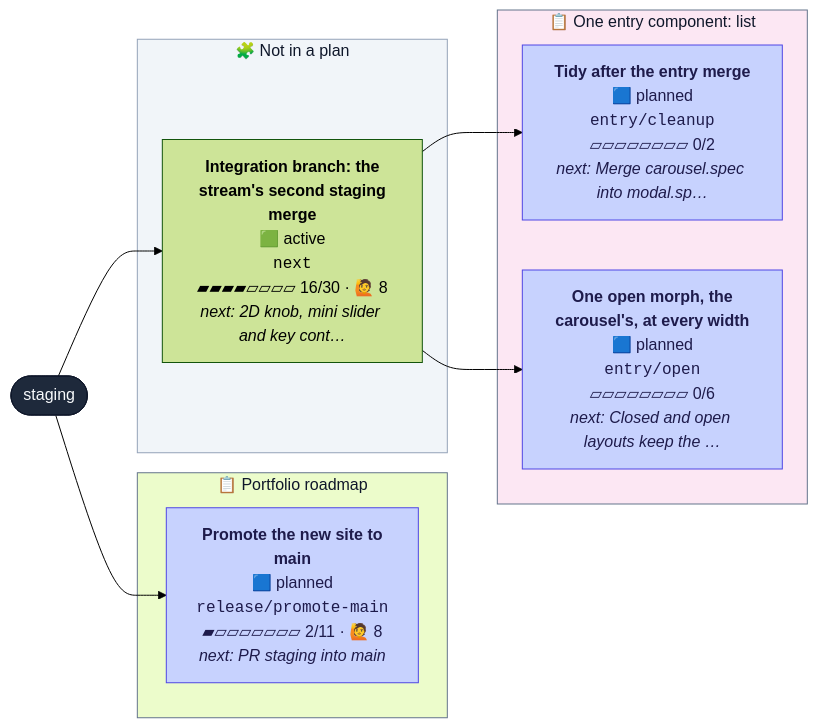
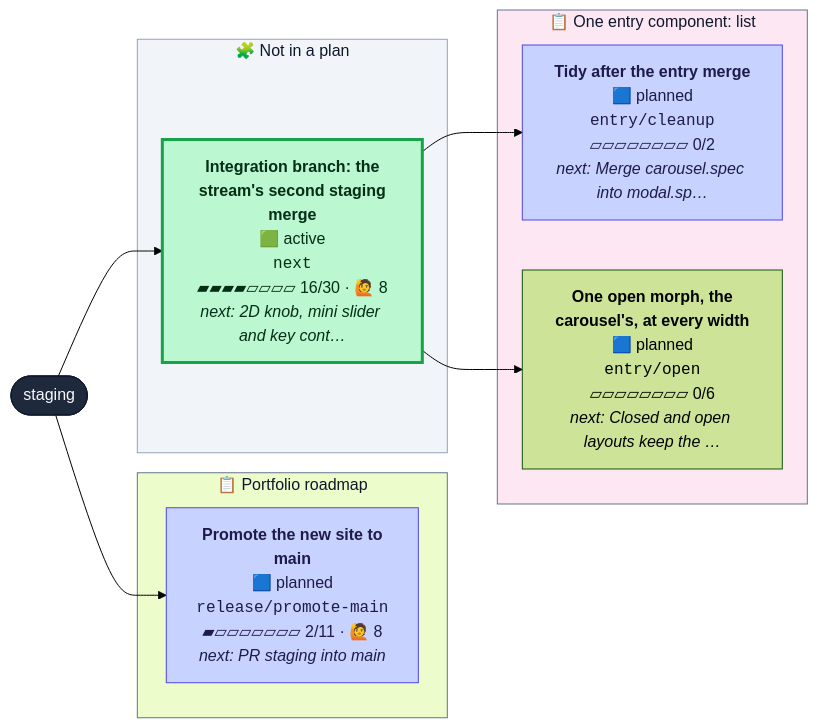
Before and after one commit to henryjonescodes/portfolio: the second of 2 diagrams in CONTRIBUTING.md, drawn with Mermaid (forest theme). The commit also changed other lines of this file, not shown here.

````diff
--- a/CONTRIBUTING.md
+++ b/CONTRIBUTING.md
@@ -37,33 +37,33 @@
 ```mermaid
 flowchart LR
   n_staging([staging])
   class n_staging trunk
   subgraph plan_1["📋 One entry component: list"]
     n_entry_cleanup["<b>Tidy after the entry merge</b><br/>🟦 planned<br/><code>entry/cleanup</code><br/>▱▱▱▱▱▱▱▱ 0/2<br/><i>next: Merge carousel.spec into modal.sp…</i>"]
     class n_entry_cleanup planned
     n_entry_open["<b>One open morph, the<br/>carousel's, at every width</b><br/>🟦 planned<br/><code>entry/open</code><br/>▱▱▱▱▱▱▱▱ 0/6<br/><i>next: Closed and open layouts keep the …</i>"]
-    class n_entry_open planned
+    class n_entry_open planned,current
   end
   style plan_1 fill:#fce7f3,stroke:#64748b,color:#0f172a
   subgraph plan_2["📋 Portfolio roadmap"]
     n_release_promote_main["<b>Promote the new site to<br/>main</b><br/>🟦 planned<br/><code>release/promote-main</code><br/>▰▱▱▱▱▱▱▱ 2/11 · 🙋 8<br/><i>next: PR staging into main</i>"]
     class n_release_promote_main planned
   end
   style plan_2 fill:#ecfccb,stroke:#64748b,color:#0f172a
   subgraph loose["🧩 Not in a plan"]
     n_next["<b>Integration branch: the<br/>stream's second staging<br/>merge</b><br/>🟩 active<br/><code>next</code><br/>▰▰▰▰▱▱▱▱ 16/30 · 🙋 8<br/><i>next: 2D knob, mini slider and key cont…</i>"]
-    class n_next active,current
+    class n_next active
   end
   style loose fill:#f1f5f9,stroke:#94a3b8,color:#0f172a
   n_next --> n_entry_cleanup
   n_next --> n_entry_open
   n_staging --> n_next
   n_staging --> n_release_promote_main
   classDef planned fill:#c7d2fe,stroke:#4f46e5,color:#1e1b4b
   classDef sketched fill:#f8fafc,stroke:#64748b,stroke-dasharray:4 3,color:#334155
   classDef active fill:#bbf7d0,stroke:#16a34a,stroke-width:3px,color:#052e16
   classDef review fill:#fde68a,stroke:#d97706,stroke-width:3px,color:#451a03
   classDef blocked fill:#fecaca,stroke:#dc2626,stroke-width:3px,color:#450a0a
   classDef trunk fill:#1e293b,stroke:#0f172a,color:#f8fafc
   classDef current stroke:#0ea5e9,stroke-width:5px
 ```
````
